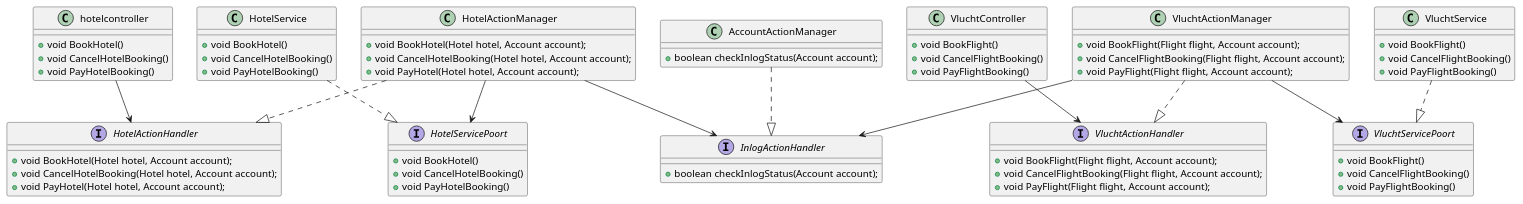
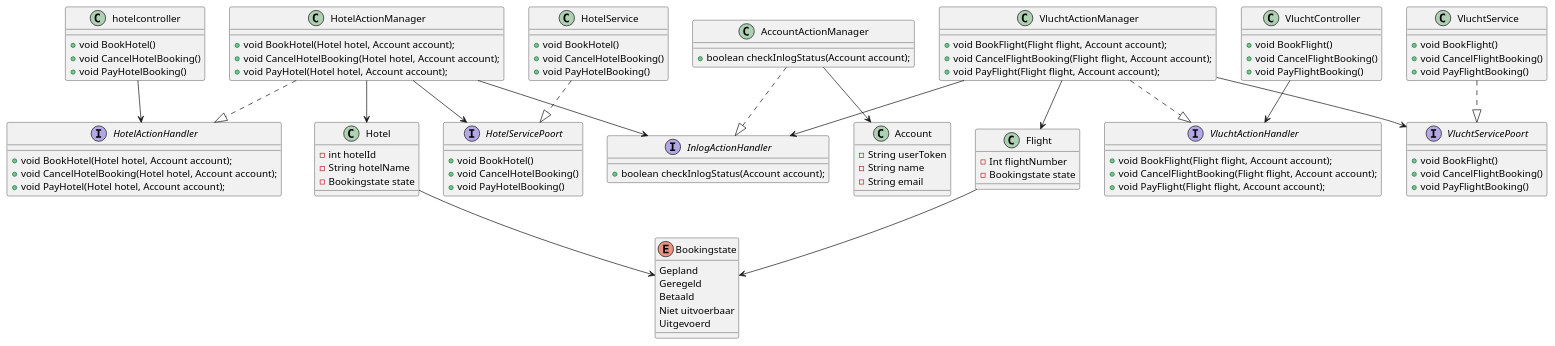
The diagram in Pressure_cooker/Jordy/Class_diagram_pressure_cooker_Jordy.puml (AIM-ENE-feb25/triptop-groep-b4), drawn with PlantUML before and after one commit. The commit also changed 1 other file, not shown here.

Commit message:
domein classes en enum

```diff
--- a/Pressure_cooker/Jordy/Class_diagram_pressure_cooker_Jordy.puml
+++ b/Pressure_cooker/Jordy/Class_diagram_pressure_cooker_Jordy.puml
@@ -1,76 +1,105 @@
 @startuml
 
 interface "HotelActionHandler"{
 + void BookHotel(Hotel hotel, Account account);
 + void CancelHotelBooking(Hotel hotel, Account account);
 + void PayHotel(Hotel hotel, Account account);
 }
 interface "InlogActionHandler"{
 + boolean checkInlogStatus(Account account);
 }
 interface "VluchtActionHandler"{
 
 + void BookFlight(Flight flight, Account account);
 + void CancelFlightBooking(Flight flight, Account account);
 + void PayFlight(Flight flight, Account account);
 }
 interface "VluchtServicePoort"{
 + void BookFlight()
 + void CancelFlightBooking()
 + void PayFlightBooking()
 }
 interface "HotelServicePoort"{
 + void BookHotel()
 + void CancelHotelBooking()
 + void PayHotelBooking()
 }
 
 class "hotelcontroller" {
 + void BookHotel()
 + void CancelHotelBooking()
 + void PayHotelBooking()
 }
 class "HotelService"{
 + void BookHotel()
 + void CancelHotelBooking()
 + void PayHotelBooking()
 }
 class "VluchtController"{
 + void BookFlight()
 + void CancelFlightBooking()
 + void PayFlightBooking()
 }
 class "VluchtService"{
 + void BookFlight()
 + void CancelFlightBooking()
 + void PayFlightBooking()
 }
 class "HotelActionManager"{
 + void BookHotel(Hotel hotel, Account account);
 + void CancelHotelBooking(Hotel hotel, Account account);
 + void PayHotel(Hotel hotel, Account account);
 }
 class "VluchtActionManager"{
 + void BookFlight(Flight flight, Account account);
 + void CancelFlightBooking(Flight flight, Account account);
 + void PayFlight(Flight flight, Account account);
 }
 class "AccountActionManager"{
 + boolean checkInlogStatus(Account account);
 }
 
+enum "Bookingstate"{
+Gepland
+Geregeld
+Betaald
+Niet uitvoerbaar
+Uitgevoerd
+}
+
+class "Hotel" {
+- int hotelId
+- String hotelName
+- Bookingstate state
+}
+
+class "Flight" {
+- Int flightNumber
+- Bookingstate state
+}
+
+class "Account"{
+- String userToken
+- String name
+- String email
+}
+
 "hotelcontroller" --> "HotelActionHandler"
 "HotelService" 	..|> "HotelServicePoort"
 "VluchtController" --> "VluchtActionHandler"
 "VluchtService" ..|> "VluchtServicePoort"
 "HotelActionManager" ..|> "HotelActionHandler"
 "HotelActionManager" --> "InlogActionHandler"
 "AccountActionManager" ..|> "InlogActionHandler"
 "VluchtActionManager" ..|> "VluchtActionHandler"
 "VluchtActionManager" --> "InlogActionHandler"
 "HotelActionManager" --> "HotelServicePoort"
 "VluchtActionManager" --> "VluchtServicePoort"
-
+"Flight" --> "Bookingstate"
+"Hotel" --> "Bookingstate"
+"VluchtActionManager" --> "Flight"
+"HotelActionManager" --> "Hotel"
+"AccountActionManager" --> "Account"
 
 
 @enduml
```
